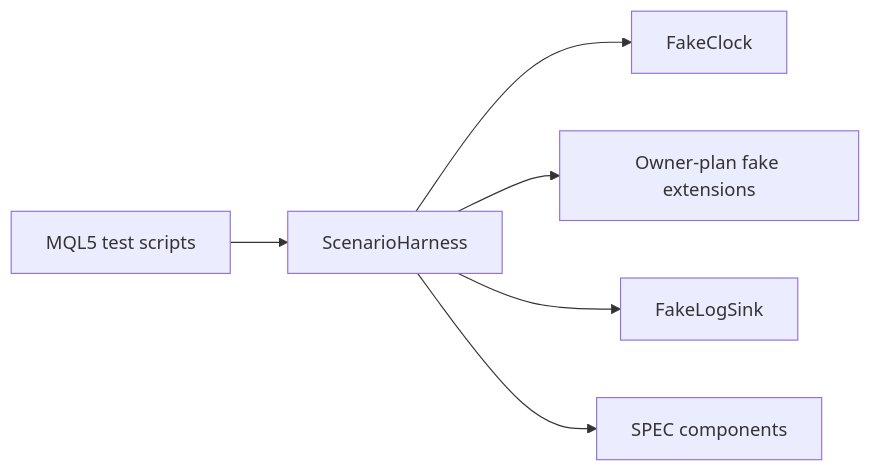
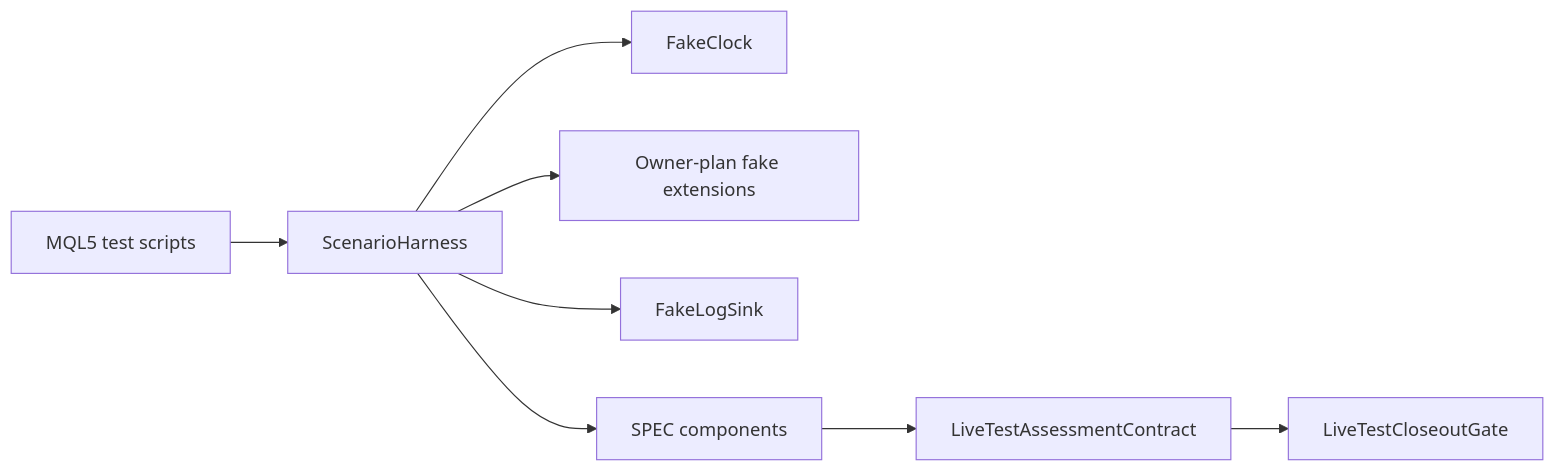
One commit to phbrgnomo/TradeSpine changed the diagram in docs/06_SPEC/SPEC-11_testing_support_and_harnesses/SPEC-11_testing_support_and_harnesses.readable.md. Above: the diagram before and after it, drawn with Mermaid. The commit also changed other lines of this file and 17 other files, not shown here.

Commit message:
new live test plan

````diff
--- a/docs/06_SPEC/SPEC-11_testing_support_and_harnesses/SPEC-11_testing_support_and_harnesses.readable.md
+++ b/docs/06_SPEC/SPEC-11_testing_support_and_harnesses/SPEC-11_testing_support_and_harnesses.readable.md
@@ -18,8 +23,10 @@
 ```mermaid
 flowchart LR
   Tests["MQL5 test scripts"] --> Harness["ScenarioHarness"]
   Harness --> Clock["FakeClock"]
   Harness --> Extensions["Owner-plan fake extensions"]
   Harness --> Logs["FakeLogSink"]
   Harness --> Components["SPEC components"]
+  Components --> Assessment["LiveTestAssessmentContract"]
+  Assessment --> Closeout["LiveTestCloseoutGate"]
 ```
````
